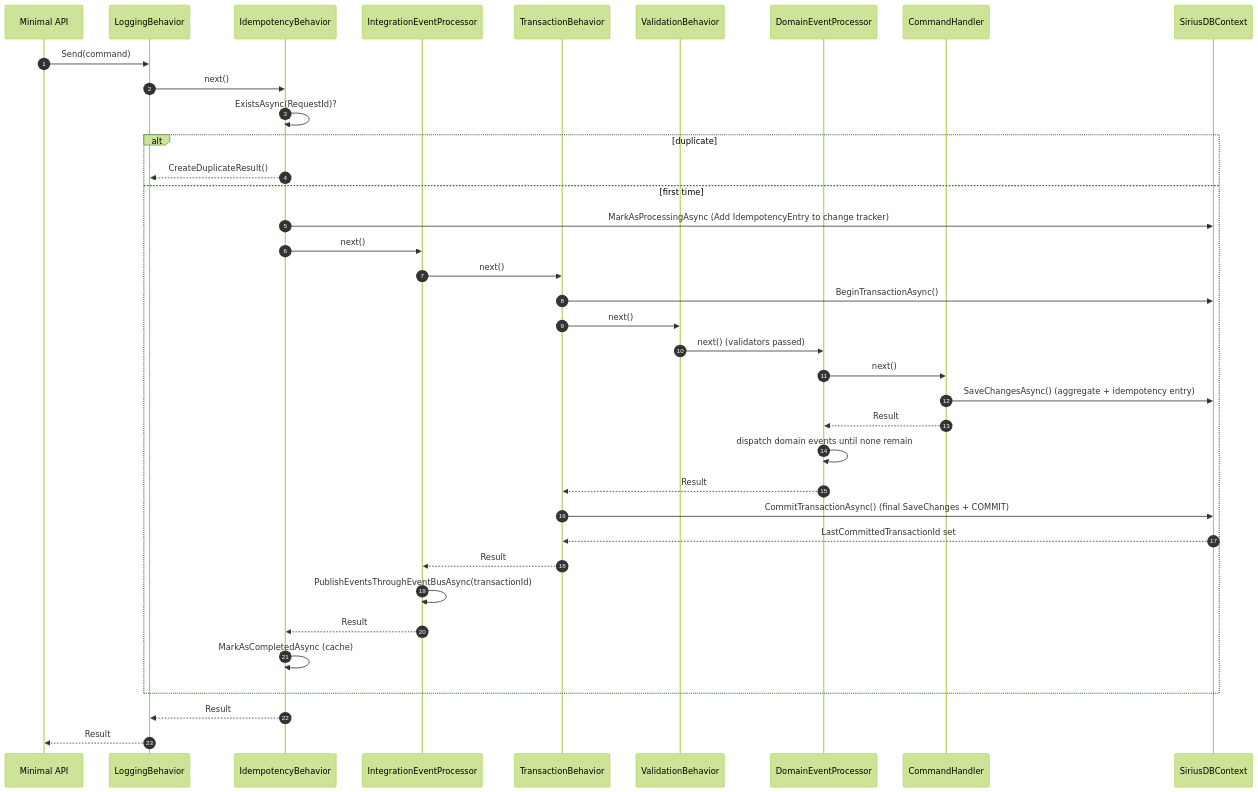
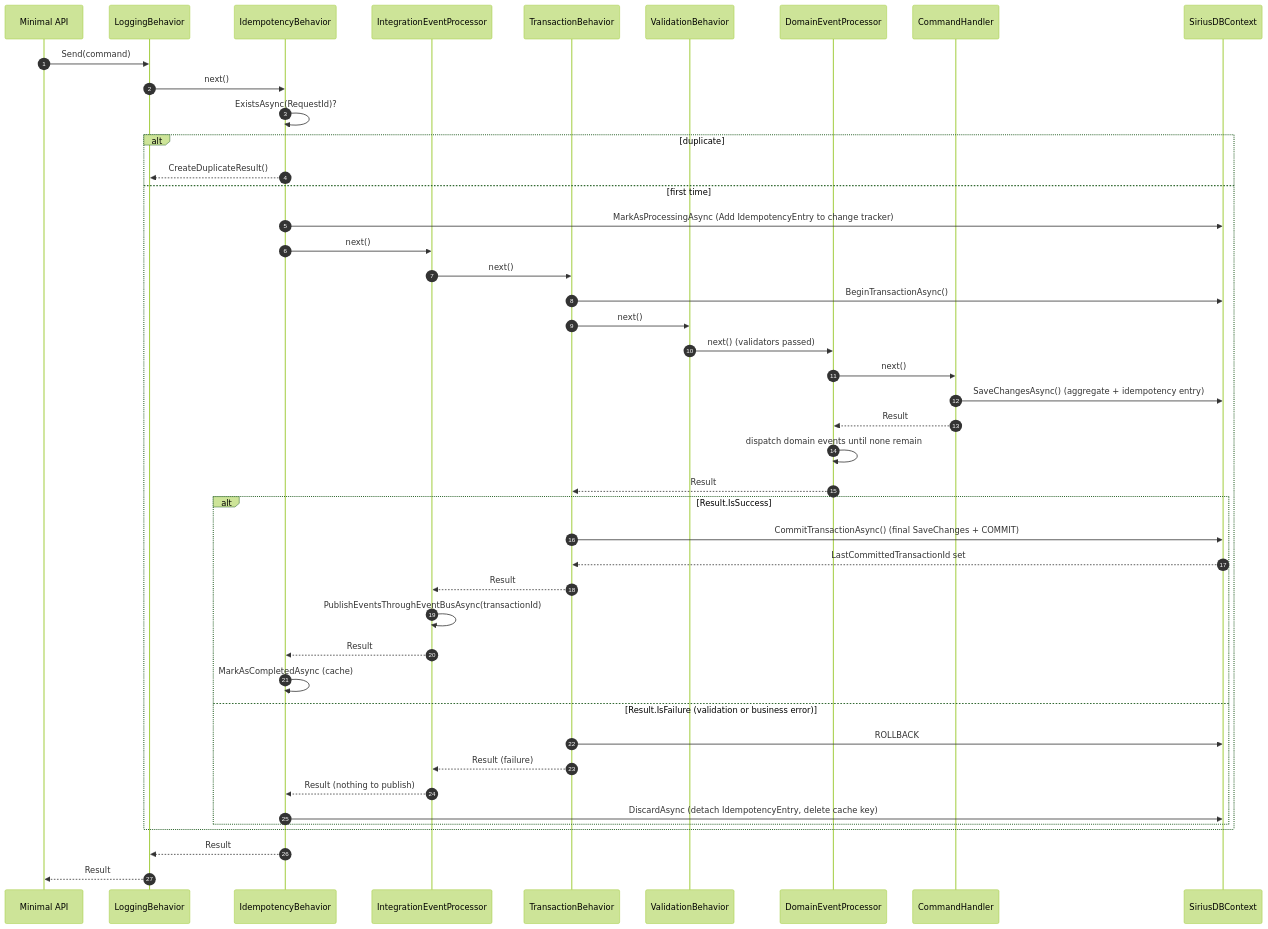
Before and after one commit to miquelalcaraz/Labs.ServicePlatform: the second of 2 diagrams in docs/architecture/02-command-pipeline.md, drawn with Mermaid (forest theme). The commit also changed other lines of this file and 55 other files, not shown here.

First line of the commit message:
fix: roll back failed Result commands, discard idempotency keys and update dependencies (#12)

````diff
--- a/docs/architecture/02-command-pipeline.md
+++ b/docs/architecture/02-command-pipeline.md
@@ -167,40 +167,47 @@
 ```mermaid
 sequenceDiagram
     autonumber
     participant API as Minimal API
     participant LOG as LoggingBehavior
     participant IDM as IdempotencyBehavior
     participant IEP as IntegrationEventProcessor
     participant TX as TransactionBehavior
     participant VAL as ValidationBehavior
     participant DEP as DomainEventProcessor
     participant H as CommandHandler
     participant DB as SiriusDBContext
 
     API->>LOG: Send(command)
     LOG->>IDM: next()
     IDM->>IDM: ExistsAsync(RequestId)?
     alt duplicate
         IDM-->>LOG: CreateDuplicateResult()
     else first time
         IDM->>DB: MarkAsProcessingAsync (Add IdempotencyEntry to change tracker)
         IDM->>IEP: next()
         IEP->>TX: next()
         TX->>DB: BeginTransactionAsync()
         TX->>VAL: next()
         VAL->>DEP: next() (validators passed)
         DEP->>H: next()
         H->>DB: SaveChangesAsync() (aggregate + idempotency entry)
         H-->>DEP: Result
         DEP->>DEP: dispatch domain events until none remain
         DEP-->>TX: Result
-        TX->>DB: CommitTransactionAsync() (final SaveChanges + COMMIT)
-        DB-->>TX: LastCommittedTransactionId set
-        TX-->>IEP: Result
-        IEP->>IEP: PublishEventsThroughEventBusAsync(transactionId)
-        IEP-->>IDM: Result
-        IDM->>IDM: MarkAsCompletedAsync (cache)
+        alt Result.IsSuccess
+            TX->>DB: CommitTransactionAsync() (final SaveChanges + COMMIT)
+            DB-->>TX: LastCommittedTransactionId set
+            TX-->>IEP: Result
+            IEP->>IEP: PublishEventsThroughEventBusAsync(transactionId)
+            IEP-->>IDM: Result
+            IDM->>IDM: MarkAsCompletedAsync (cache)
+        else Result.IsFailure (validation or business error)
+            TX->>DB: ROLLBACK
+            TX-->>IEP: Result (failure)
+            IEP-->>IDM: Result (nothing to publish)
+            IDM->>DB: DiscardAsync (detach IdempotencyEntry, delete cache key)
+        end
     end
     IDM-->>LOG: Result
     LOG-->>API: Result
 ```
````
